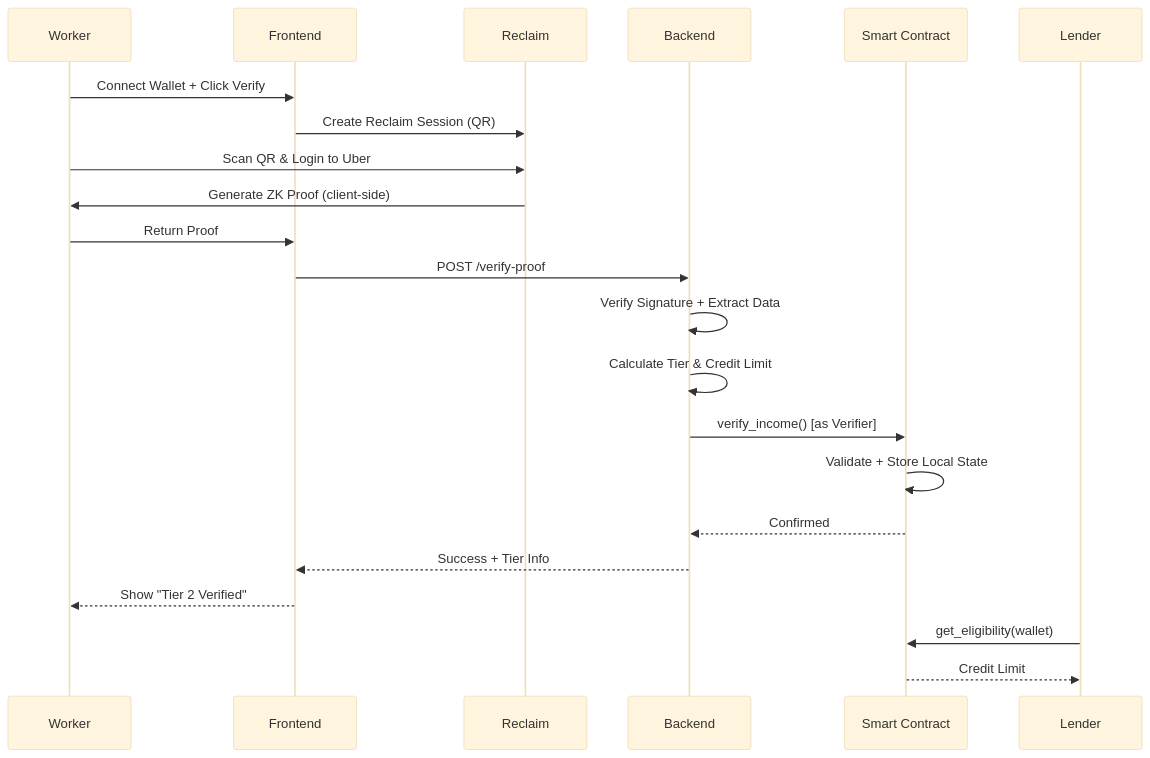
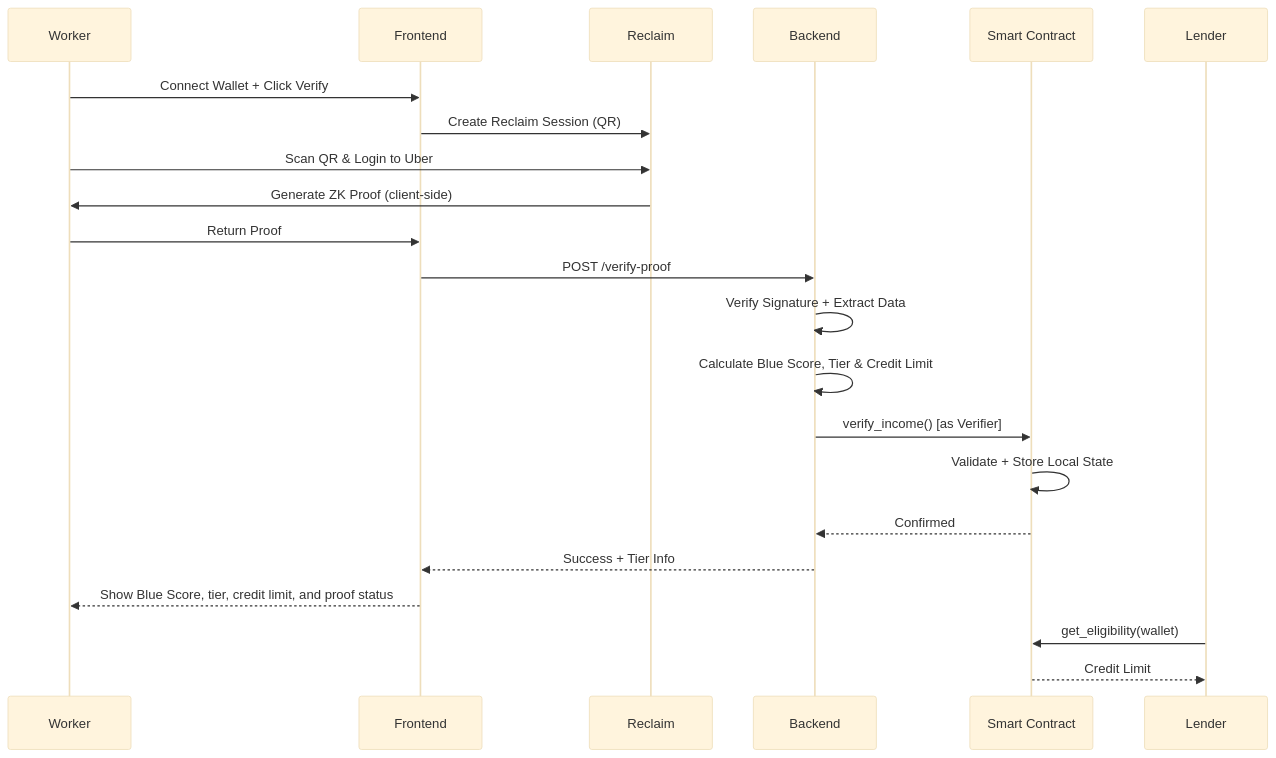
One commit to SomehowLiving/Acre changed the second of 5 diagrams in docs/ARCHITECTURE.md. Above: the diagram before and after it, drawn with Mermaid (base theme). The commit also changed other lines of this file and 17 other files, not shown here.

Commit message:
feat: enhance Acre verification contract and testnet deployment flow

````diff
--- a/docs/ARCHITECTURE.md
+++ b/docs/ARCHITECTURE.md
@@ -95,26 +95,26 @@
 ```mermaid
 sequenceDiagram
     participant W as Worker
     participant F as Frontend
     participant R as Reclaim
     participant B as Backend
     participant SC as Smart Contract
     participant L as Lender
 
     W->>F: Connect Wallet + Click Verify
     F->>R: Create Reclaim Session (QR)
     W->>R: Scan QR & Login to Uber
     R->>W: Generate ZK Proof (client-side)
     W->>F: Return Proof
     F->>B: POST /verify-proof
     B->>B: Verify Signature + Extract Data
-    B->>B: Calculate Tier & Credit Limit
+    B->>B: Calculate Blue Score, Tier & Credit Limit
     B->>SC: verify_income() [as Verifier]
     SC->>SC: Validate + Store Local State
     SC-->>B: Confirmed
     B-->>F: Success + Tier Info
-    F-->>W: Show "Tier 2 Verified"
+    F-->>W: Show Blue Score, tier, credit limit, and proof status
     
     L->>SC: get_eligibility(wallet)
     SC-->>L: Credit Limit
 ```
````
